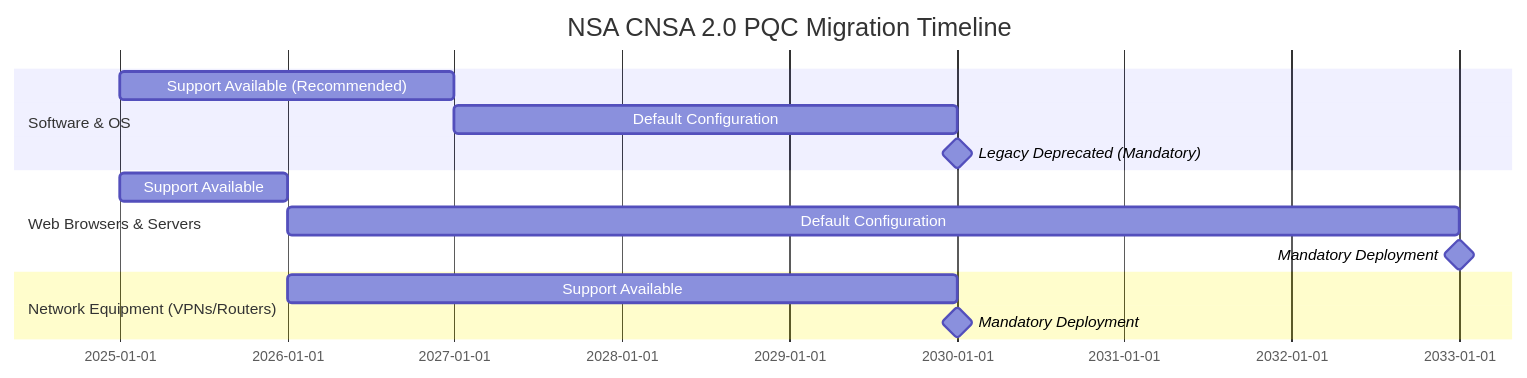
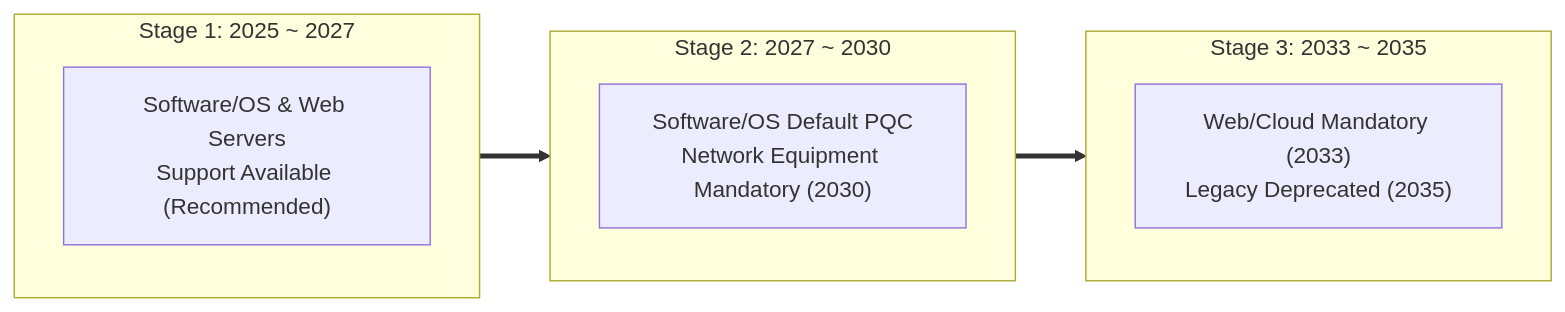
One commit to auking45/applied-pqc-lab changed the third of 3 diagrams in docs/en/03-pqc-primitives/03-security-levels.md. Above: the diagram before and after it, drawn with Mermaid. The commit also changed other lines of this file and 2 other files, not shown here.

Commit message:
fix(docs): enhance HNDL and CNSA diagrams contrast for dark mode
- Replace timeline/gantt with high-contrast flowchart diagrams in 03-security-levels.md (KO/EN)
- Add comprehensive dark-mode CSS text and edge fill rules in extra.css for Mermaid SVG elements
- Ensure 100% legibility in both light and dark (slate) Material for MkDocs color schemes

````diff
--- a/docs/en/03-pqc-primitives/03-security-levels.md
+++ b/docs/en/03-pqc-primitives/03-security-levels.md
@@ -88,16 +97,16 @@
 ```mermaid
-gantt
-    title NSA CNSA 2.0 PQC Migration Timeline
-    dateFormat  YYYY
-    section Software & OS
-    Support Available (Recommended) :2025, 2027
-    Default Configuration           :2027, 2030
-    Legacy Deprecated (Mandatory)   :milestone, 2030, 2030
-    section Web Browsers & Servers
-    Support Available               :2025, 2026
-    Default Configuration           :2026, 2033
-    Mandatory Deployment            :milestone, 2033, 2033
-    section Network Equipment (VPNs/Routers)
-    Support Available               :2026, 2030
-    Mandatory Deployment            :milestone, 2030, 2030
+flowchart LR
+    subgraph S1 ["Stage 1: 2025 ~ 2027"]
+        A1["Software/OS & Web Servers<br>Support Available (Recommended)"]
+    end
+
+    subgraph S2 ["Stage 2: 2027 ~ 2030"]
+        A2["Software/OS Default PQC<br>Network Equipment Mandatory (2030)"]
+    end
+
+    subgraph S3 ["Stage 3: 2033 ~ 2035"]
+        A3["Web/Cloud Mandatory (2033)<br>Legacy Deprecated (2035)"]
+    end
+
+    S1 ==> S2 ==> S3
 ```
````
